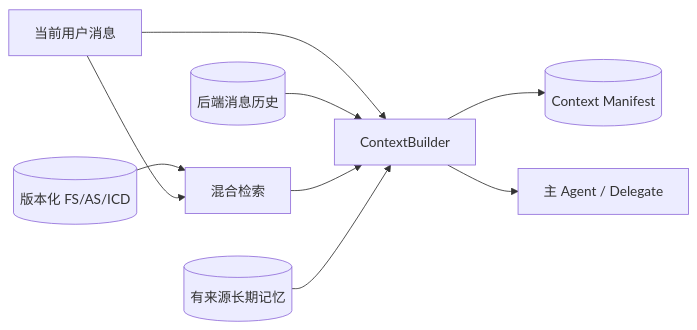
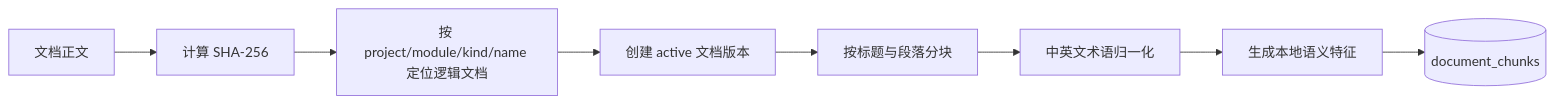
One commit to yaowensial-g/chipDesignAgent changed the third of 10 diagrams in docs/architecture-overview.md. Above: the diagram before and after it, drawn with Mermaid. The commit also changed other lines of this file and 18 other files, not shown here.

````diff
--- a/docs/architecture-overview.md
+++ b/docs/architecture-overview.md
@@ -50,20 +216,10 @@
 ```mermaid
 flowchart LR
-    Input[当前用户消息]
-    Chat[(后端消息历史)]
-    Docs[(版本化 FS/AS/ICD)]
-    Memory[(有来源长期记忆)]
-    Search[混合检索]
-    Builder[ContextBuilder]
-    Manifest[(Context Manifest)]
-    Model[主 Agent / Delegate]
-
-    Docs --> Search
-    Input --> Search
-    Input --> Builder
-    Chat --> Builder
-    Search --> Builder
-    Memory --> Builder
-    Builder --> Manifest
-    Builder --> Model
+    Raw[文档正文] --> Hash[计算 SHA-256]
+    Hash --> Identity[按 project/module/kind/name 定位逻辑文档]
+    Identity --> Version[创建 active 文档版本]
+    Version --> Chunk[按标题与段落分块]
+    Chunk --> Terms[中英文术语归一化]
+    Terms --> Feature[生成本地语义特征]
+    Feature --> Store[(document_chunks)]
 ```
````
